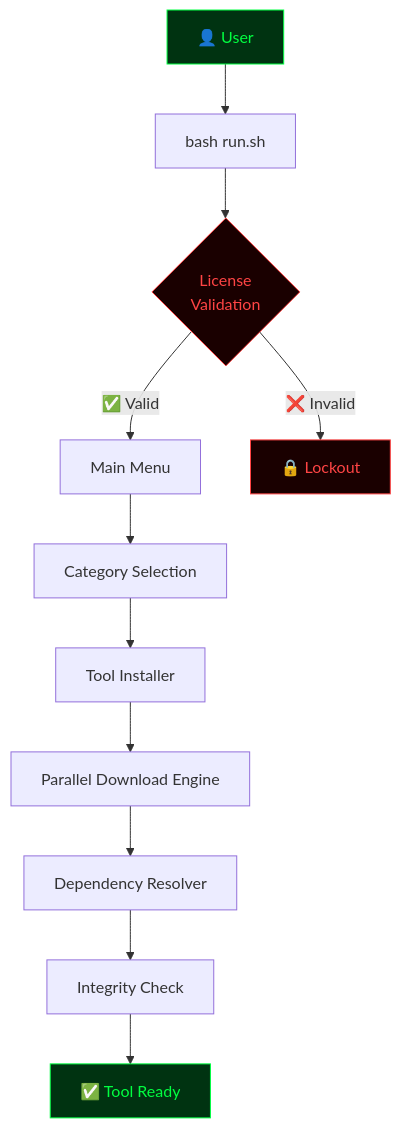
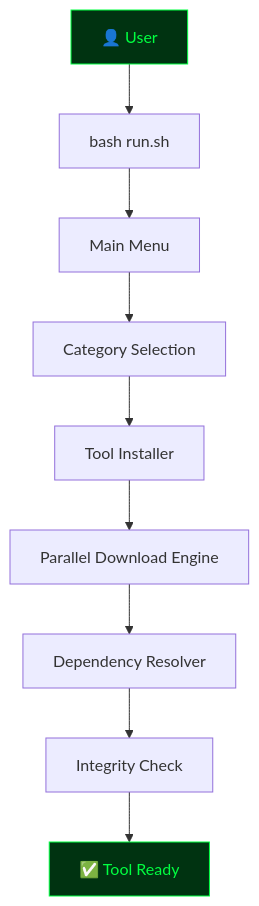
The first of 5 diagrams in README.md (Athexblackhat/F-SOCIETY), drawn with Mermaid before and after one commit. The commit also changed other lines of this file, not shown here.

````diff
--- a/README.md
+++ b/README.md
@@ -67,18 +64,14 @@
 ```mermaid
 graph TD
     A[👤 User] --> B[bash run.sh]
-    B --> C{License\nValidation}
-    C -- ✅ Valid --> D[Main Menu]
-    C -- ❌ Invalid --> E[🔒 Lockout]
-    D --> F[Category Selection]
-    F --> G[Tool Installer]
-    G --> H[Parallel Download Engine]
-    H --> I[Dependency Resolver]
-    I --> J[Integrity Check]
-    J --> K[✅ Tool Ready]
+    B --> C[Main Menu]
+    C --> D[Category Selection]
+    D --> E[Tool Installer]
+    E --> F[Parallel Download Engine]
+    F --> G[Dependency Resolver]
+    G --> H[Integrity Check]
+    H --> I[✅ Tool Ready]
 
     style A fill:#003311,color:#00ff41,stroke:#00ff41
-    style C fill:#1a0000,color:#ff4444,stroke:#ff4444
-    style E fill:#1a0000,color:#ff4444,stroke:#ff4444
-    style K fill:#003311,color:#00ff41,stroke:#00ff41
+    style I fill:#003311,color:#00ff41,stroke:#00ff41
 ```
````
